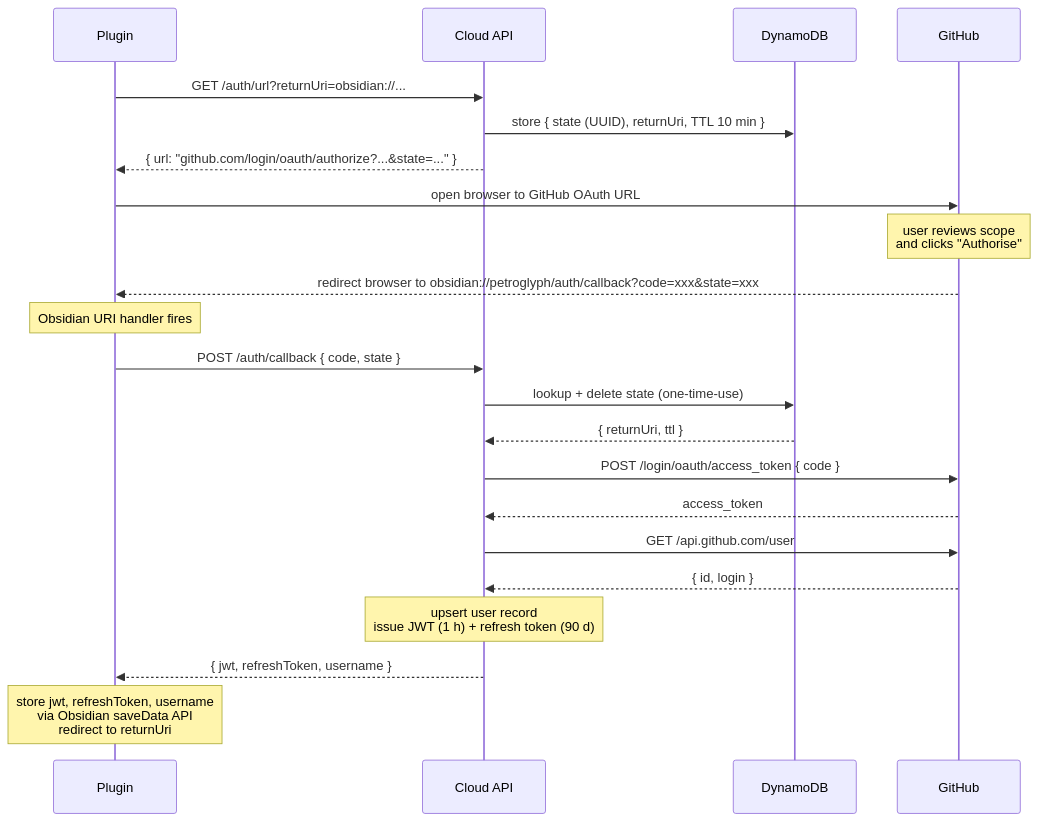
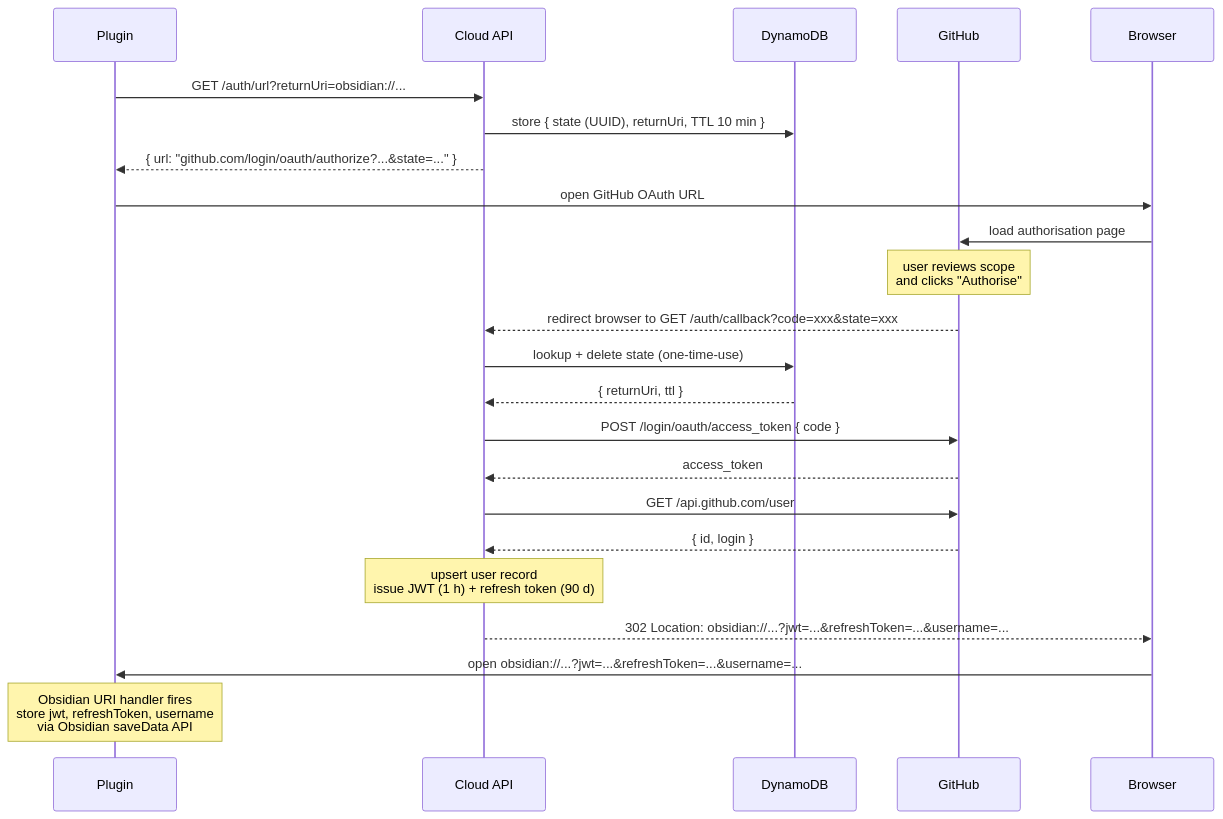
Before and after one commit to jaybeeuu/petroglyph: the first of 3 diagrams in docs/authentication.md, drawn with Mermaid. The commit also changed other lines of this file and 6 other files, not shown here.

First line of the commit message:
feat(api,plugin): server-side OAuth callback flow (petroglyph-e30)

````diff
--- a/docs/authentication.md
+++ b/docs/authentication.md
@@ -27,28 +27,28 @@
 ```mermaid
 sequenceDiagram
     participant Plugin
     participant CloudAPI as Cloud API
     participant DynamoDB
     participant GitHub
+    participant Browser
 
     Plugin->>CloudAPI: GET /auth/url?returnUri=obsidian://...
     CloudAPI->>DynamoDB: store { state (UUID), returnUri, TTL 10 min }
     CloudAPI-->>Plugin: { url: "github.com/login/oauth/authorize?...&state=..." }
 
-    Plugin->>GitHub: open browser to GitHub OAuth URL
+    Plugin->>Browser: open GitHub OAuth URL
+    Browser->>GitHub: load authorisation page
     Note over GitHub: user reviews scope<br/>and clicks "Authorise"
-    GitHub-->>Plugin: redirect browser to obsidian://petroglyph/auth/callback?code=xxx&state=xxx
-
-    Note over Plugin: Obsidian URI handler fires
-    Plugin->>CloudAPI: POST /auth/callback { code, state }
+    GitHub-->>CloudAPI: redirect browser to GET /auth/callback?code=xxx&state=xxx
     CloudAPI->>DynamoDB: lookup + delete state (one-time-use)
     DynamoDB-->>CloudAPI: { returnUri, ttl }
     CloudAPI->>GitHub: POST /login/oauth/access_token { code }
     GitHub-->>CloudAPI: access_token
     CloudAPI->>GitHub: GET /api.github.com/user
     GitHub-->>CloudAPI: { id, login }
     Note over CloudAPI: upsert user record<br/>issue JWT (1 h) + refresh token (90 d)
-    CloudAPI-->>Plugin: { jwt, refreshToken, username }
+    CloudAPI-->>Browser: 302 Location: obsidian://...?jwt=...&refreshToken=...&username=...
+    Browser->>Plugin: open obsidian://...?jwt=...&refreshToken=...&username=...
 
-    Note over Plugin: store jwt, refreshToken, username<br/>via Obsidian saveData API<br/>redirect to returnUri
+    Note over Plugin: Obsidian URI handler fires<br/>store jwt, refreshToken, username<br/>via Obsidian saveData API
 ```
````
